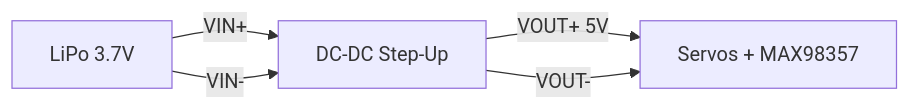
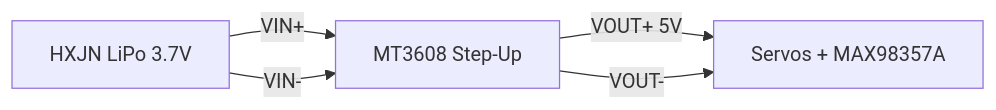
The fourth of 7 diagrams in PHASE3_MUSCLES.md (zabbix-byte/real-tars), drawn with Mermaid before and after one commit. The commit also changed other lines of this file and 6 other files, not shown here.

````diff
--- a/PHASE3_MUSCLES.md
+++ b/PHASE3_MUSCLES.md
@@ -206,7 +226,7 @@
 ```mermaid
 graph LR
-    BATT["LiPo 3.7V"] -->|"VIN+"| STEP["DC-DC Step-Up"]
+    BATT["HXJN LiPo 3.7V"] -->|"VIN+"| STEP["MT3608 Step-Up"]
     BATT -->|"VIN-"| STEP
-    STEP -->|"VOUT+ 5V"| LOADS["Servos + MAX98357"]
+    STEP -->|"VOUT+ 5V"| LOADS["Servos + MAX98357A"]
     STEP -->|"VOUT-"| LOADS
 ```
````
